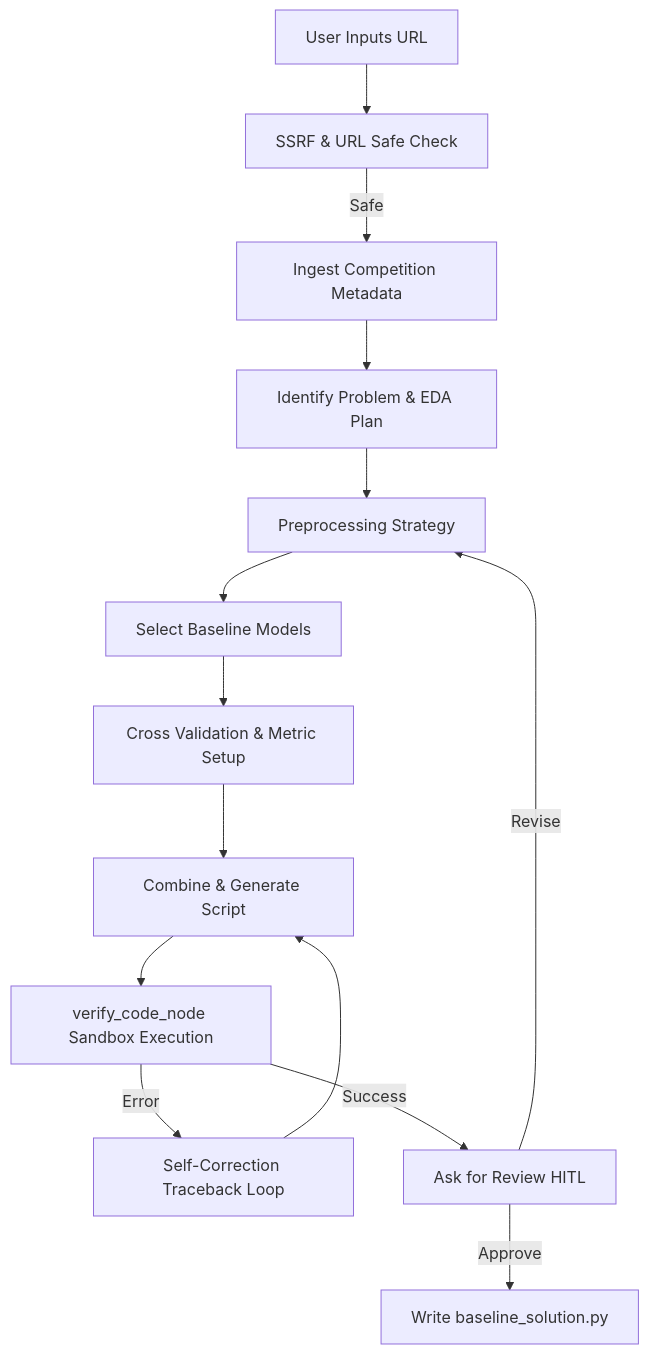
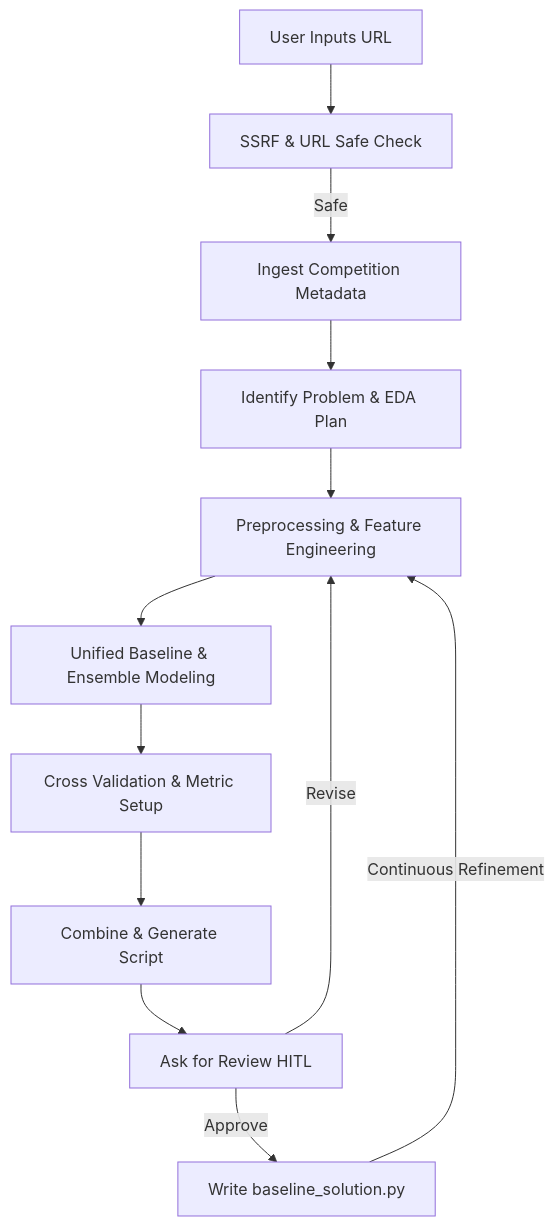
One commit to devsu88/vibecoding-agents-capstone-project changed the diagram in kaggle-copilot/README.md. Above: the diagram before and after it, drawn with Mermaid. The commit also changed other lines of this file and 5 other files, not shown here.

Commit message:
refactor: restructure agent workflow by adding feature engineering node, updating baseline modeling strategy, and removing obsolete sandbox knowledge base

````diff
--- a/kaggle-copilot/README.md
+++ b/kaggle-copilot/README.md
@@ -13,16 +13,14 @@
 ```mermaid
 graph TD
     A[User Inputs URL] --> B[SSRF & URL Safe Check]
     B -->|Safe| C[Ingest Competition Metadata]
     C --> D[Identify Problem & EDA Plan]
-    D --> E[Preprocessing Strategy]
-    E --> F[Select Baseline Models]
+    D --> E[Preprocessing & Feature Engineering]
+    E --> F[Unified Baseline & Ensemble Modeling]
     F --> G[Cross Validation & Metric Setup]
     G --> H[Combine & Generate Script]
-    H --> I[verify_code_node Sandbox Execution]
-    I -->|Error| J[Self-Correction Traceback Loop]
-    J --> H
-    I -->|Success| K[Ask for Review HITL]
+    H --> K[Ask for Review HITL]
     K -->|Revise| E
     K -->|Approve| L[Write baseline_solution.py]
+    L -->|Continuous Refinement| E
 ```
````
